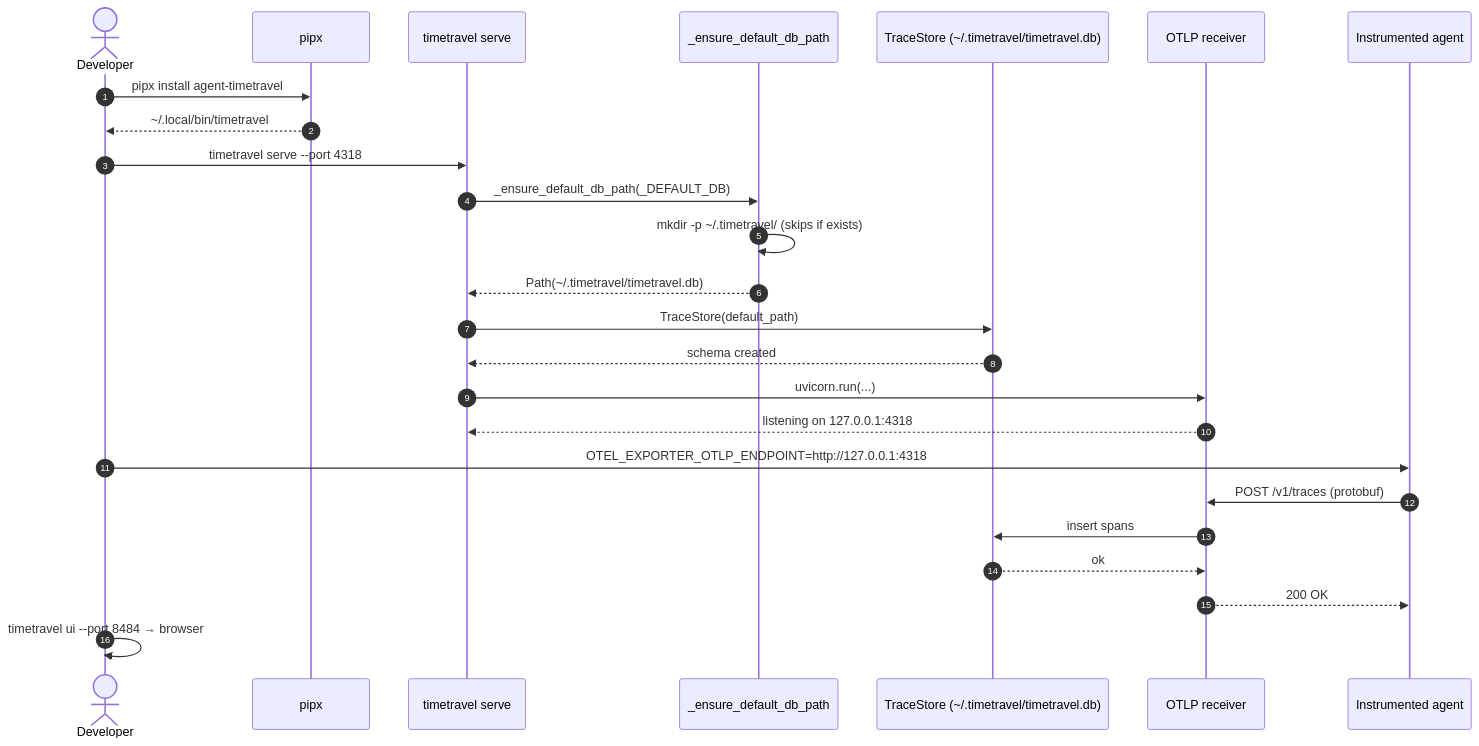
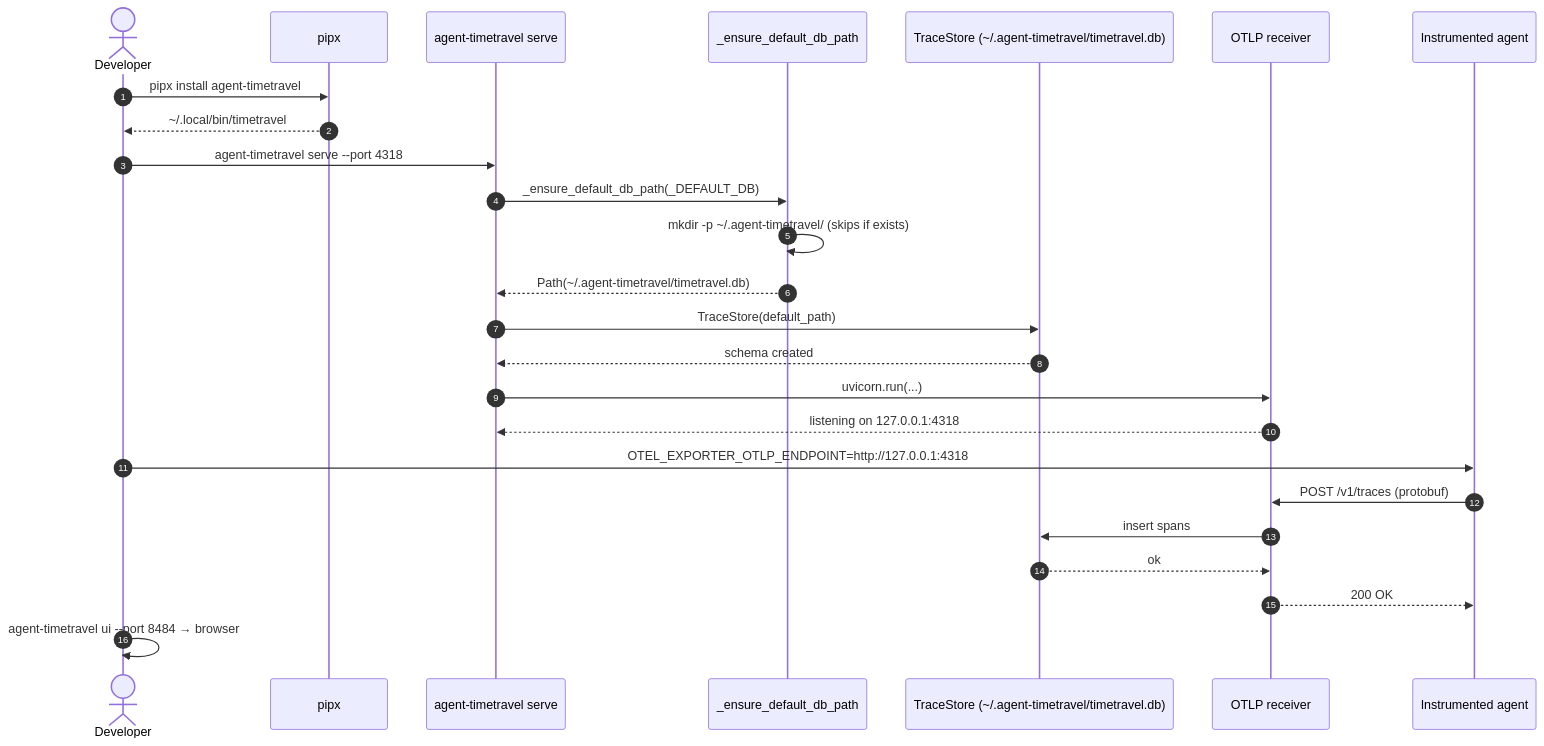
The second of 4 diagrams in docs/phases/phase-8.md (akshay-mp/Rewind), drawn with Mermaid before and after one commit. The commit also changed other lines of this file and 113 other files, not shown here.

Commit message:
Prepare agent-timetravel 0.2.0 release

````diff
--- a/docs/phases/phase-8.md
+++ b/docs/phases/phase-8.md
@@ -166,27 +166,27 @@
 ```mermaid
 sequenceDiagram
     autonumber
     actor U as Developer
     participant Pipx as pipx
-    participant CLI as timetravel serve
+    participant CLI as agent-timetravel serve
     participant Ensure as _ensure_default_db_path
-    participant Store as TraceStore (~/.timetravel/timetravel.db)
+    participant Store as TraceStore (~/.agent-timetravel/timetravel.db)
     participant Recv as OTLP receiver
     participant Agent as Instrumented agent
     U->>Pipx: pipx install agent-timetravel
     Pipx-->>U: ~/.local/bin/timetravel
-    U->>CLI: timetravel serve --port 4318
+    U->>CLI: agent-timetravel serve --port 4318
     CLI->>Ensure: _ensure_default_db_path(_DEFAULT_DB)
-    Ensure->>Ensure: mkdir -p ~/.timetravel/ (skips if exists)
-    Ensure-->>CLI: Path(~/.timetravel/timetravel.db)
+    Ensure->>Ensure: mkdir -p ~/.agent-timetravel/ (skips if exists)
+    Ensure-->>CLI: Path(~/.agent-timetravel/timetravel.db)
     CLI->>Store: TraceStore(default_path)
     Store-->>CLI: schema created
     CLI->>Recv: uvicorn.run(...)
     Recv-->>CLI: listening on 127.0.0.1:4318
     U->>Agent: OTEL_EXPORTER_OTLP_ENDPOINT=http://127.0.0.1:4318
     Agent->>Recv: POST /v1/traces (protobuf)
     Recv->>Store: insert spans
     Store-->>Recv: ok
     Recv-->>Agent: 200 OK
-    U->>U: timetravel ui --port 8484 → browser
+    U->>U: agent-timetravel ui --port 8484 → browser
 ```
````
